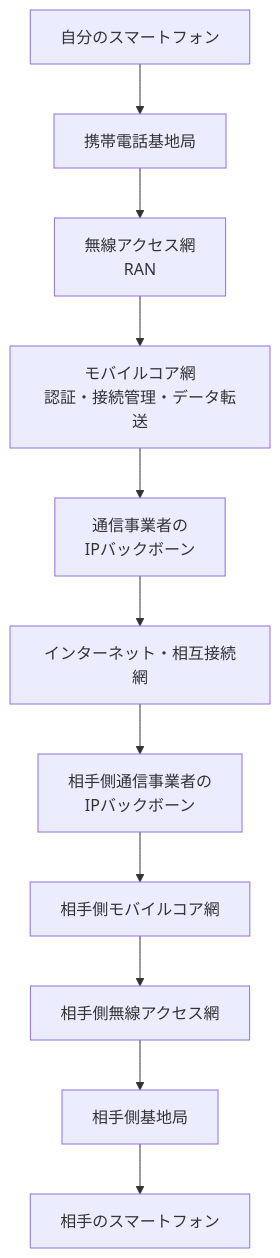
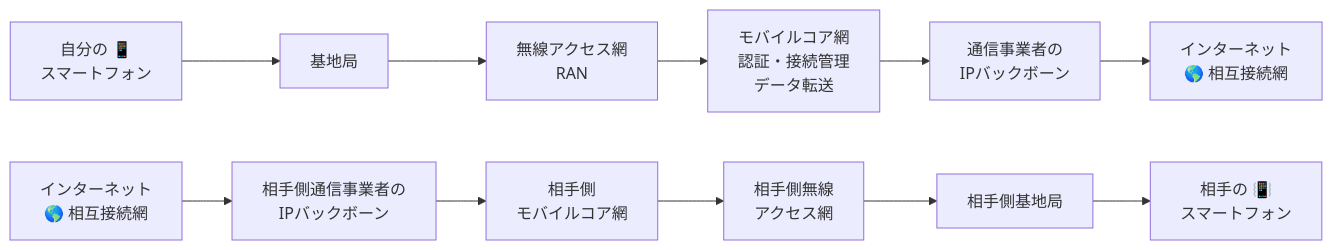
The first of 2 diagrams in docs/00_概要/アマチュア無線とは.md (CQAKIBA/AmateurRadio-Handbook), drawn with Mermaid before and after one commit. The commit also changed other lines of this file, not shown here.

Commit message:
Update diagrams for clarity and detail
Mermaidグラフの調整

````diff
--- a/docs/00_概要/アマチュア無線とは.md
+++ b/docs/00_概要/アマチュア無線とは.md
@@ -169,13 +169,15 @@
 ```mermaid
-flowchart TB
-    A["自分のスマートフォン"] --> B["携帯電話基地局"]
+graph LR
+    A["自分の 📱<br>スマートフォン"] --> B["基地局"]
     B --> C["無線アクセス網<br>RAN"]
-    C --> D["モバイルコア網<br>認証・接続管理・データ転送"]
+    C --> D["モバイルコア網<br>認証・接続管理<br>データ転送"]
     D --> E["通信事業者の<br>IPバックボーン"]
-    E --> F["インターネット・相互接続網"]
-    F --> G["相手側通信事業者の<br>IPバックボーン"]
-    G --> H["相手側モバイルコア網"]
-    H --> I["相手側無線アクセス網"]
-    I --> J["相手側基地局"]
-    J --> K["相手のスマートフォン"]
+    E --> F["インターネット<br>🌎 相互接続網"]
+
+    G["インターネット<br>🌎 相互接続網"]
+    G --> H["相手側通信事業者の<br>IPバックボーン"]
+    H --> I["相手側<br>モバイルコア網"]
+    I --> J["相手側無線<br>アクセス網"]
+    J --> K["相手側基地局"]
+    K --> L["相手の 📳<br>スマートフォン"]
 ```
````
